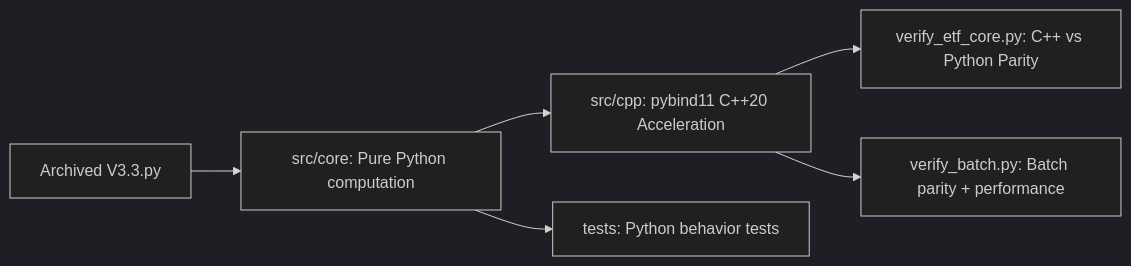
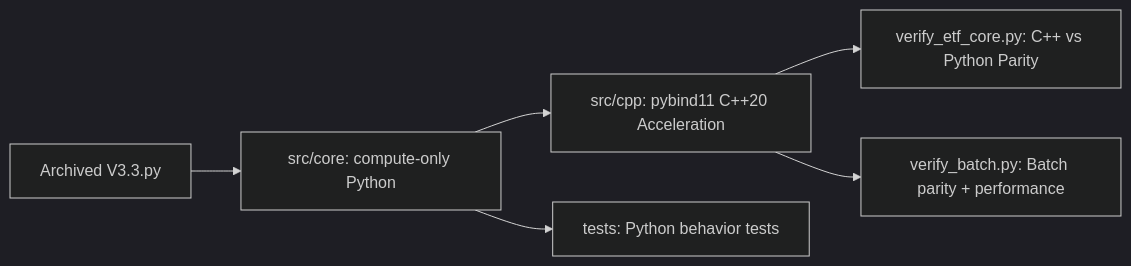
The diagram in en/README.md (redamancy231-create/etf-pattern-match-pybind11), drawn with Mermaid (dark theme) before and after one commit. The commit also changed other lines of this file and 2 other files, not shown here.

````diff
--- a/en/README.md
+++ b/en/README.md
@@ -95,8 +95,8 @@
 ```mermaid
 flowchart LR
-    A["Archived V3.3.py"] --> B["src/core: Pure Python computation"]
+    A["Archived V3.3.py"] --> B["src/core: compute-only Python"]
     B --> C["src/cpp: pybind11 C++20 Acceleration"]
     B --> D["tests: Python behavior tests"]
     C --> E["verify_etf_core.py: C++ vs Python Parity"]
     C --> F["verify_batch.py: Batch parity + performance"]
 ```
````
